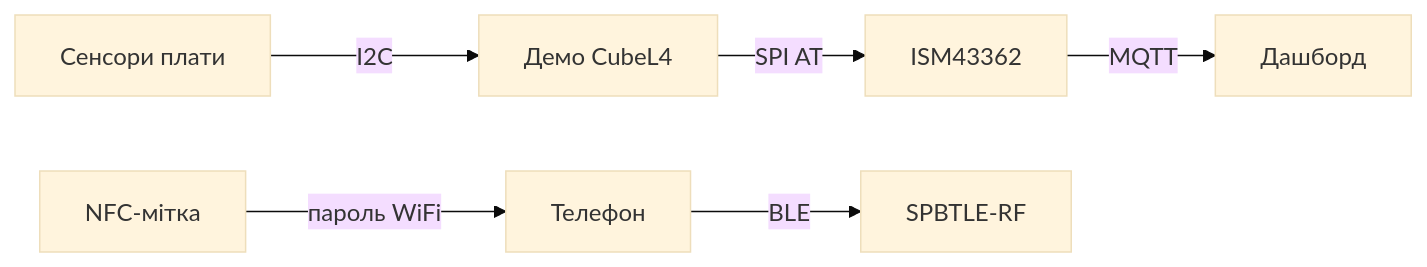
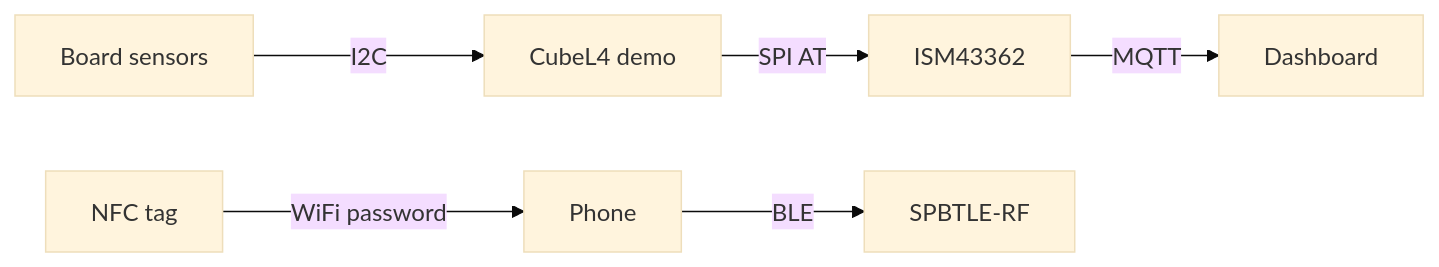
Before and after one commit to ksalab/embedded-reference: the second of 2 diagrams in obsidian_vault/STM32-Reference/EN/14-Devboards/06-IoT-Discovery.en.md, drawn with Mermaid (base theme). The commit also changed other lines of this file and 76 other files, not shown here.

````diff
--- a/obsidian_vault/STM32-Reference/EN/14-Devboards/06-IoT-Discovery.en.md
+++ b/obsidian_vault/STM32-Reference/EN/14-Devboards/06-IoT-Discovery.en.md
@@ -111,8 +111,8 @@
 ```mermaid
 flowchart LR
-  SENS[Сенсори плати] -->|I2C| FW[Демо CubeL4]
+  SENS[Board sensors] -->|I2C| FW[CubeL4 demo]
   FW -->|SPI AT| WIFI[ISM43362]
-  WIFI -->|MQTT| CLOUD[Дашборд]
-  NFC[NFC-мітка] -->|пароль WiFi| PHONE[Телефон]
+  WIFI -->|MQTT| CLOUD[Dashboard]
+  NFC[NFC tag] -->|WiFi password| PHONE[Phone]
   PHONE -->|BLE| BLE2[SPBTLE-RF]
 ```
````
